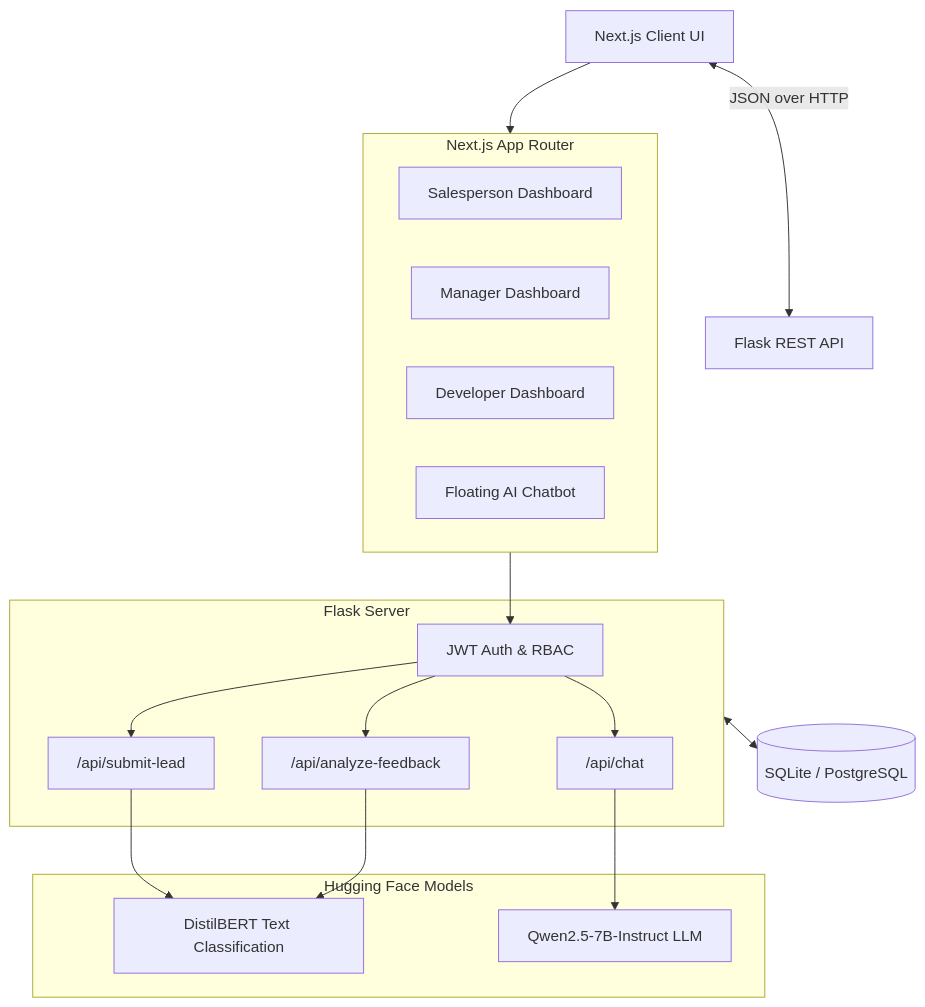
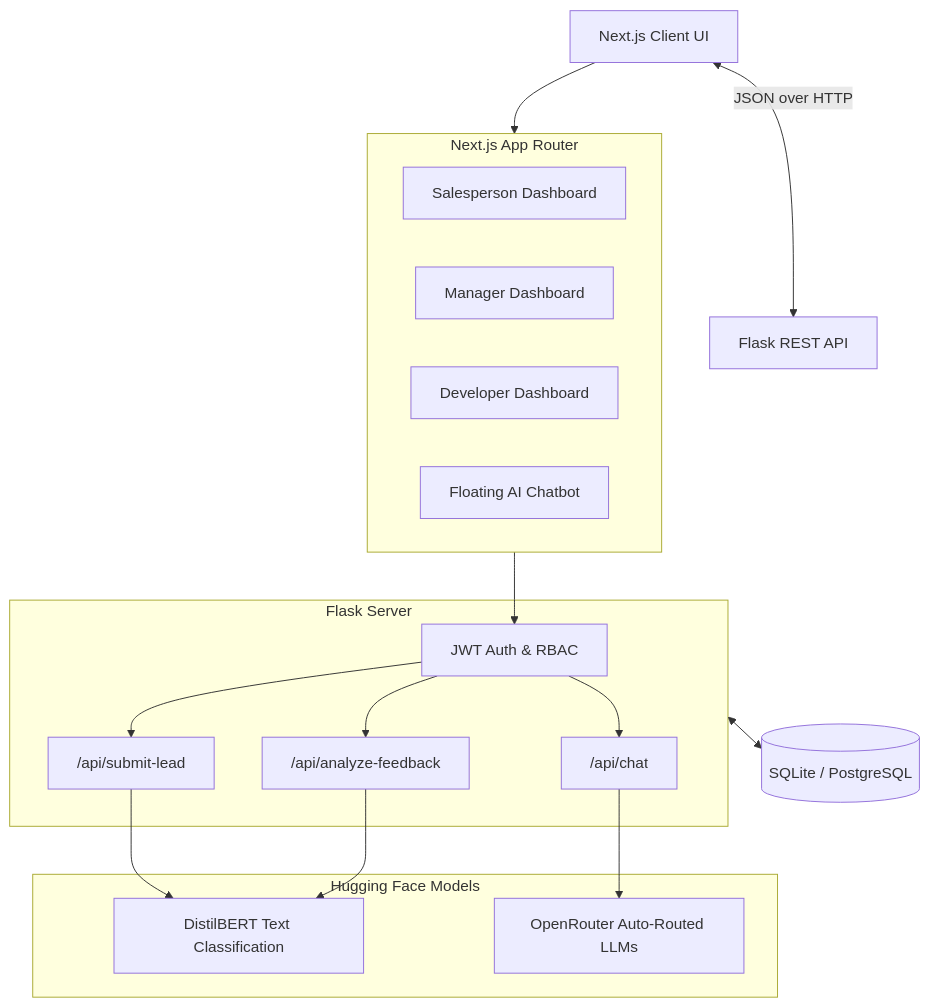
One commit to kaizen105/insightsgreek changed the diagram in README.md. Above: the diagram before and after it, drawn with Mermaid. The commit also changed other lines of this file, not shown here.

Commit message:
Update README to reflect OpenRouter switch

````diff
--- a/README.md
+++ b/README.md
@@ -55,31 +55,31 @@
 ```mermaid
 graph TD
     Client[Next.js Client UI] <-->|JSON over HTTP| Flask[Flask REST API]
     
     subgraph Frontend [Next.js App Router]
         SalesDashboard[Salesperson Dashboard]
         ManagerDashboard[Manager Dashboard]
         DevDashboard[Developer Dashboard]
         ChatWidget[Floating AI Chatbot]
     end
     
     subgraph Backend [Flask Server]
         Auth["JWT Auth & RBAC"]
         LeadRouter["/api/submit-lead"]
         FeedbackRouter["/api/analyze-feedback"]
         ChatRouter["/api/chat"]
     end
     
     subgraph External [Hugging Face Models]
         DistilBERT[DistilBERT Text Classification]
-        Qwen[Qwen2.5-7B-Instruct LLM]
+        OpenRouter[OpenRouter Auto-Routed LLMs]
     end
 
     Client --> Frontend
     Frontend --> Auth
     Auth --> LeadRouter & FeedbackRouter & ChatRouter
     LeadRouter & FeedbackRouter --> DistilBERT
-    ChatRouter --> Qwen
+    ChatRouter --> OpenRouter
     
     Backend <--> Database[(SQLite / PostgreSQL)]
 ```
````
